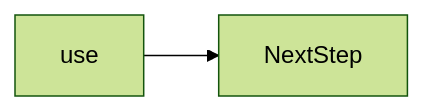
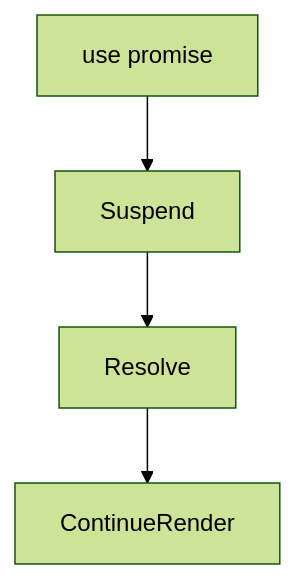
One commit to OmidJavaherii/Frontend-Engineering-Handbook changed the first of 2 diagrams in docs/en/10-react/use/index.md. Above: the diagram before and after it, drawn with Mermaid (forest theme). The commit also changed other lines of this file and 461 other files, not shown here.

````diff
--- a/docs/en/10-react/use/index.md
+++ b/docs/en/10-react/use/index.md
@@ -94,4 +53,5 @@
 ```mermaid
-flowchart LR
-  concept[use] --> nextStep[NextStep]
+flowchart TD
+  usePromise[use promise] --> Suspend
+  Suspend --> Resolve --> ContinueRender
 ```
````
